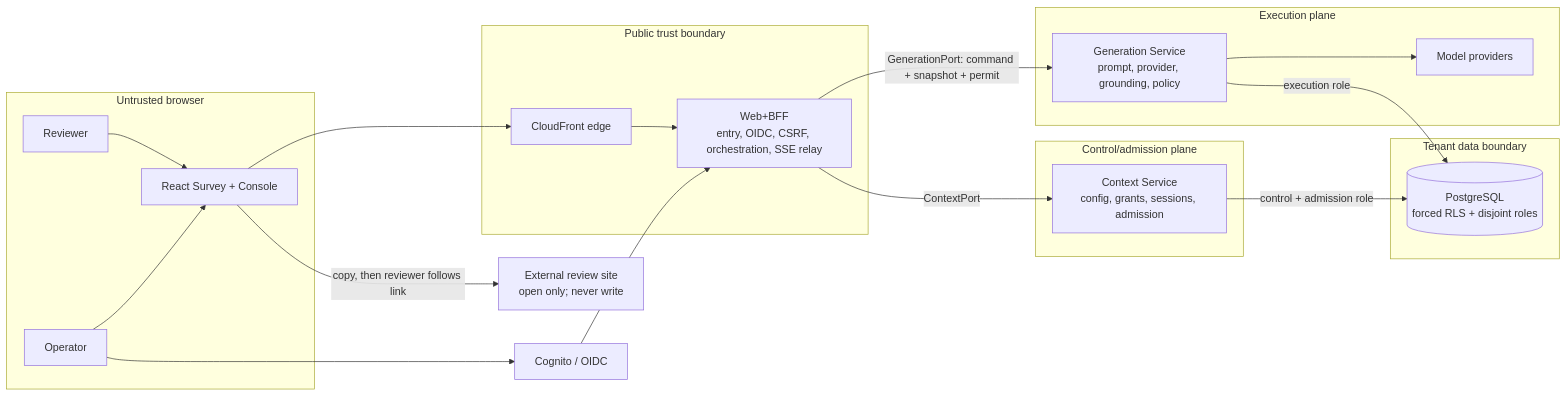
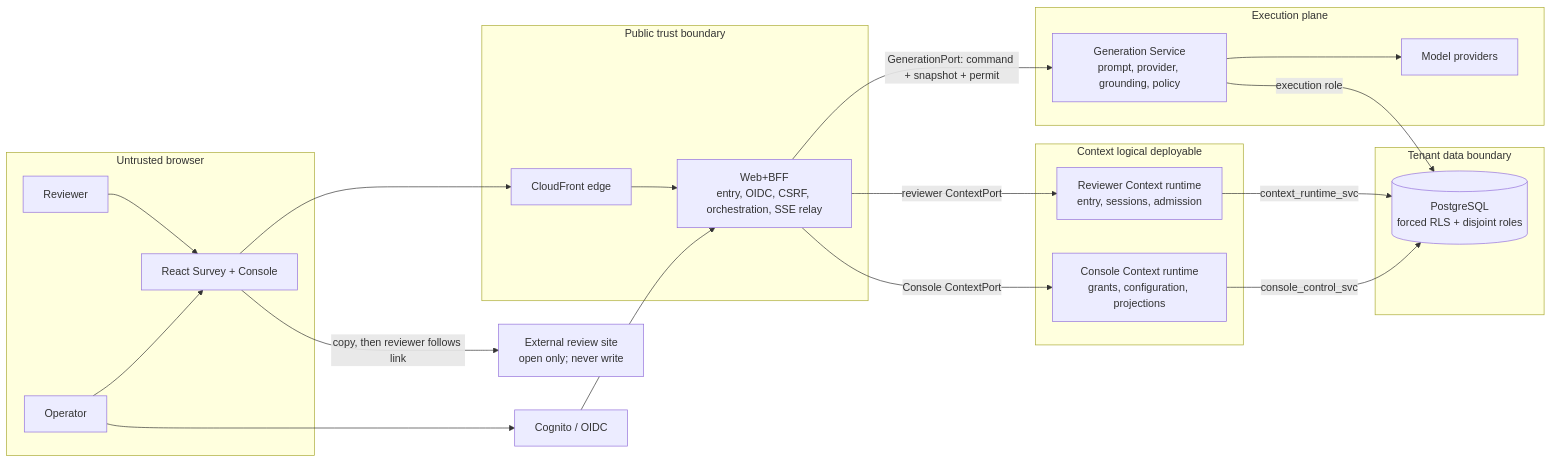
Before and after one commit to asqatqazet/AI-Assisted-Review-Generation: the first of 3 diagrams in docs/SYSTEM-ARCHITECTURE.md, drawn with Mermaid. The commit also changed other lines of this file and 337 other files, not shown here.

````diff
--- a/docs/SYSTEM-ARCHITECTURE.md
+++ b/docs/SYSTEM-ARCHITECTURE.md
@@ -131,40 +133,43 @@
 ```mermaid
 flowchart LR
   subgraph Browser["Untrusted browser"]
     Reviewer["Reviewer"]
     Operator["Operator"]
     UI["React Survey + Console"]
     Reviewer --> UI
     Operator --> UI
   end
 
   subgraph Edge["Public trust boundary"]
     FrontDoor["CloudFront edge"]
     BFF["Web+BFF\nentry, OIDC, CSRF, orchestration, SSE relay"]
   end
 
-  subgraph Control["Control/admission plane"]
-    Context["Context Service\nconfig, grants, sessions, admission"]
+  subgraph Control["Context logical deployable"]
+    ContextReviewer["Reviewer Context runtime\nentry, sessions, admission"]
+    ContextConsole["Console Context runtime\ngrants, configuration, projections"]
   end
 
   subgraph Execution["Execution plane"]
     Generation["Generation Service\nprompt, provider, grounding, policy"]
     Providers["Model providers"]
   end
 
   subgraph Data["Tenant data boundary"]
     Postgres[("PostgreSQL\nforced RLS + disjoint roles")]
   end
 
   Identity["Cognito / OIDC"]
   Destination["External review site\nopen only; never write"]
 
   UI --> FrontDoor --> BFF
   Operator --> Identity --> BFF
-  BFF -->|"ContextPort"| Context
+  BFF -->|"reviewer ContextPort"| ContextReviewer
+  BFF -->|"Console ContextPort"| ContextConsole
   BFF -->|"GenerationPort: command + snapshot + permit"| Generation
-  Context -->|"control + admission role"| Postgres
+  ContextReviewer -->|"context_runtime_svc"| Postgres
+  ContextConsole -->|"console_control_svc"| Postgres
   Generation -->|"execution role"| Postgres
   Generation --> Providers
   UI -->|"copy, then reviewer follows link"| Destination
 ```
````
